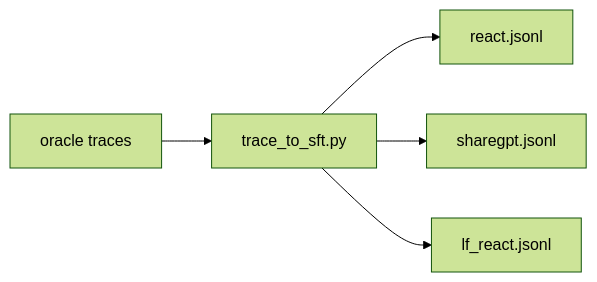
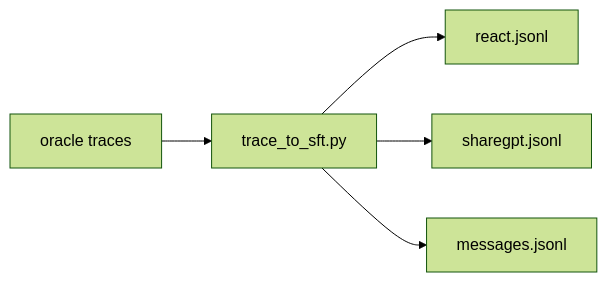
The ninth of 16 diagrams in demo/README.md (Lafinger/AgenticRAG-RL), drawn with Mermaid (forest theme) before and after one commit. The commit also changed other lines of this file and 34 other files, not shown here.

````diff
--- a/demo/README.md
+++ b/demo/README.md
@@ -547,7 +546,7 @@
 ```mermaid
 flowchart LR
     A["oracle traces"] --> B["trace_to_sft.py"]
     B --> C["react.jsonl"]
     B --> D["sharegpt.jsonl"]
-    B --> E["lf_react.jsonl"]
+    B --> E["messages.jsonl"]
 ```
````
